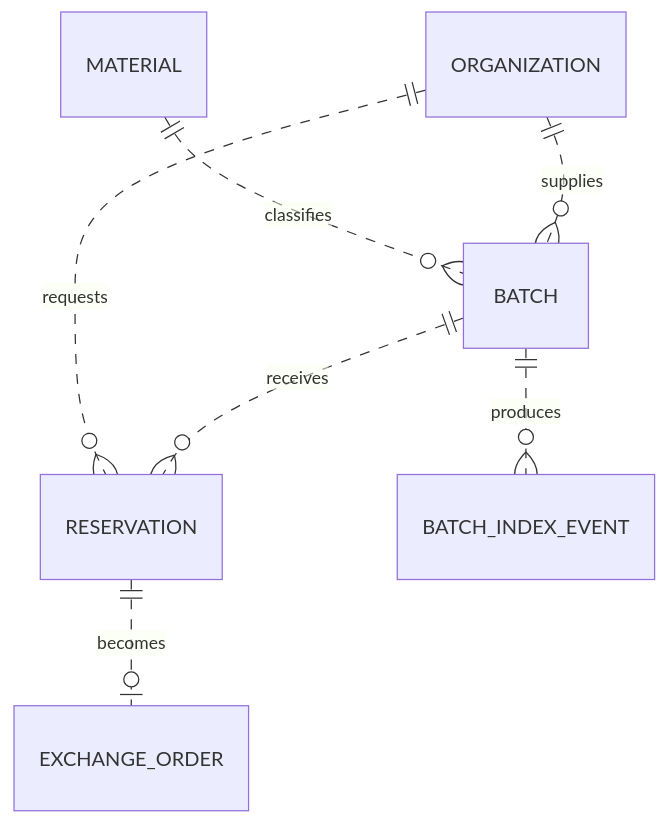
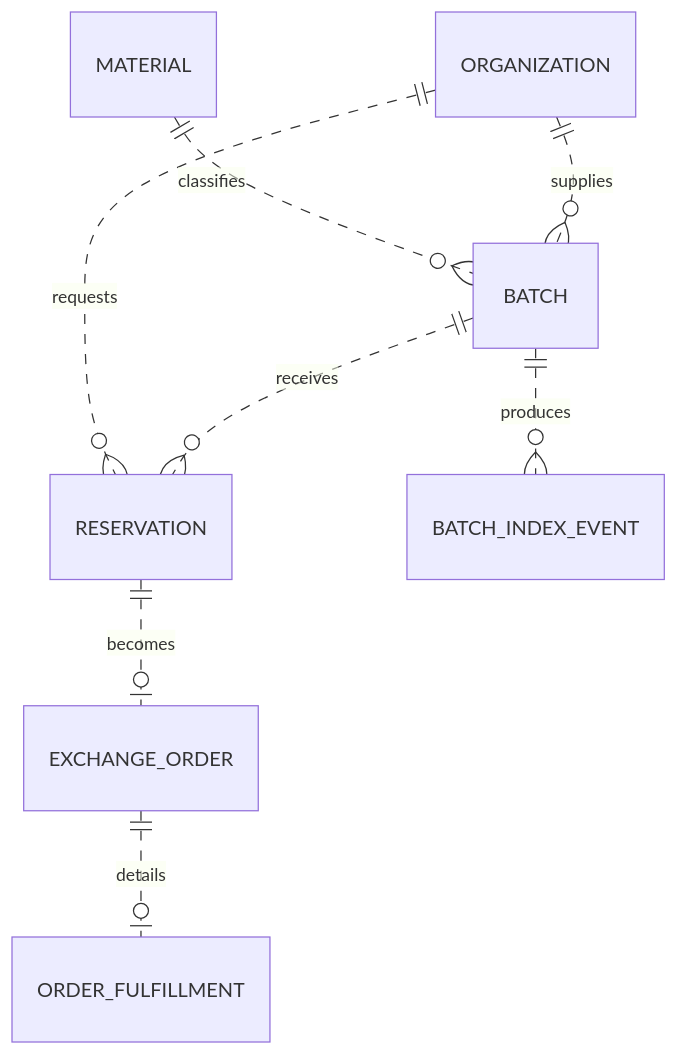
Before and after one commit to maddox095/DBMS-Project: the diagram in docs/data-model-and-interfaces.md, drawn with Mermaid. The commit also changed other lines of this file and 12 other files, not shown here.

````diff
--- a/docs/data-model-and-interfaces.md
+++ b/docs/data-model-and-interfaces.md
@@ -9,9 +9,10 @@
 ```mermaid
 erDiagram
     ORGANIZATION ||..o{ BATCH : supplies
     MATERIAL ||..o{ BATCH : classifies
     BATCH ||..o{ RESERVATION : receives
     ORGANIZATION ||..o{ RESERVATION : requests
     RESERVATION ||..o| EXCHANGE_ORDER : becomes
+    EXCHANGE_ORDER ||..o| ORDER_FULFILLMENT : details
     BATCH ||..o{ BATCH_INDEX_EVENT : produces
 ```
````
